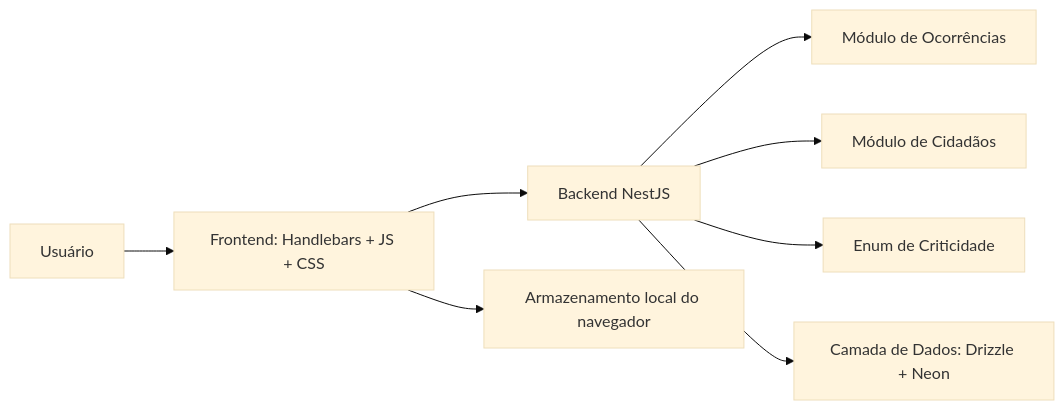
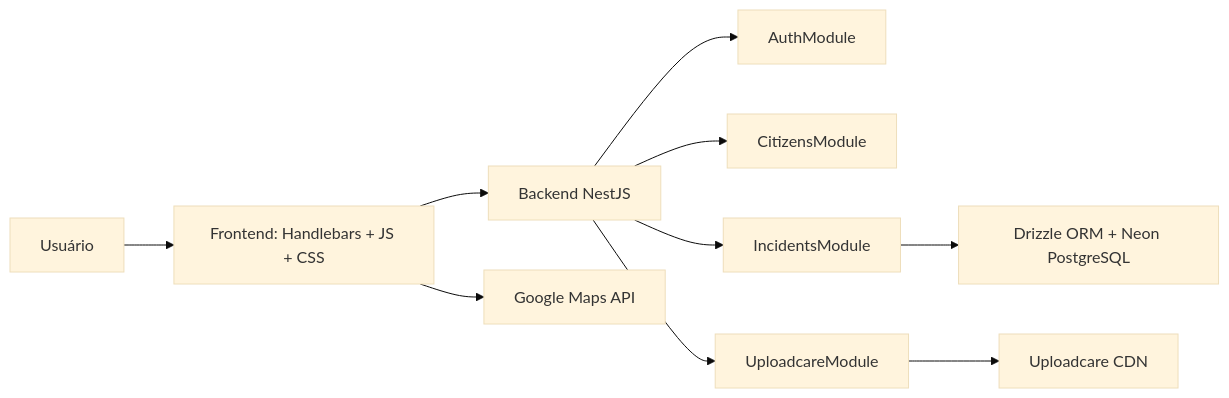
The diagram in docs/arquitetura.md (MaltusVandrel/quadro-avisos-ampag), drawn with Mermaid (base theme) before and after one commit. The commit also changed other lines of this file and 3 other files, not shown here.

````diff
--- a/docs/arquitetura.md
+++ b/docs/arquitetura.md
@@ -11,10 +12,12 @@
 ```mermaid
 flowchart LR
     A[Usuário] --> B[Frontend: Handlebars + JS + CSS]
     B --> C[Backend NestJS]
-    C --> D[Módulo de Ocorrências]
-    C --> E[Módulo de Cidadãos]
-    C --> F[Enum de Criticidade]
-    C --> H[Camada de Dados: Drizzle + Neon]
-    B --> G[Armazenamento local do navegador]
+    C --> D[AuthModule]
+    C --> E[CitizensModule]
+    C --> F[IncidentsModule]
+    C --> G[UploadcareModule]
+    F --> H[Drizzle ORM + Neon PostgreSQL]
+    G --> I[Uploadcare CDN]
+    B --> J[Google Maps API]
 ```
````
